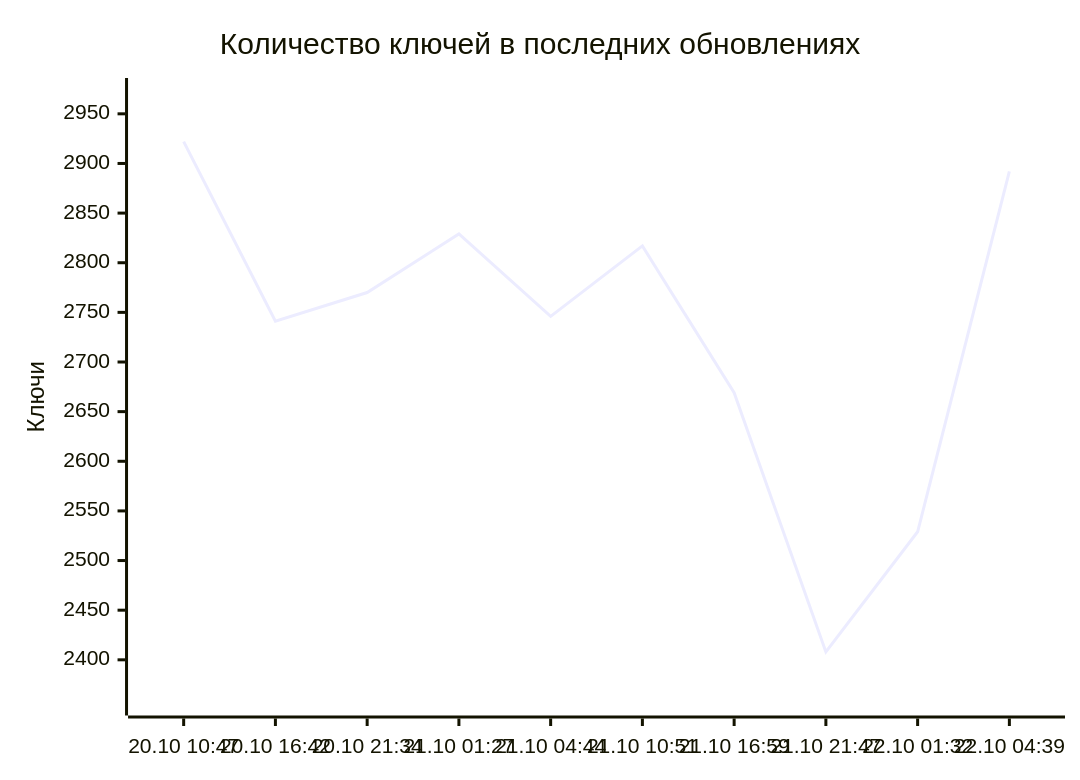
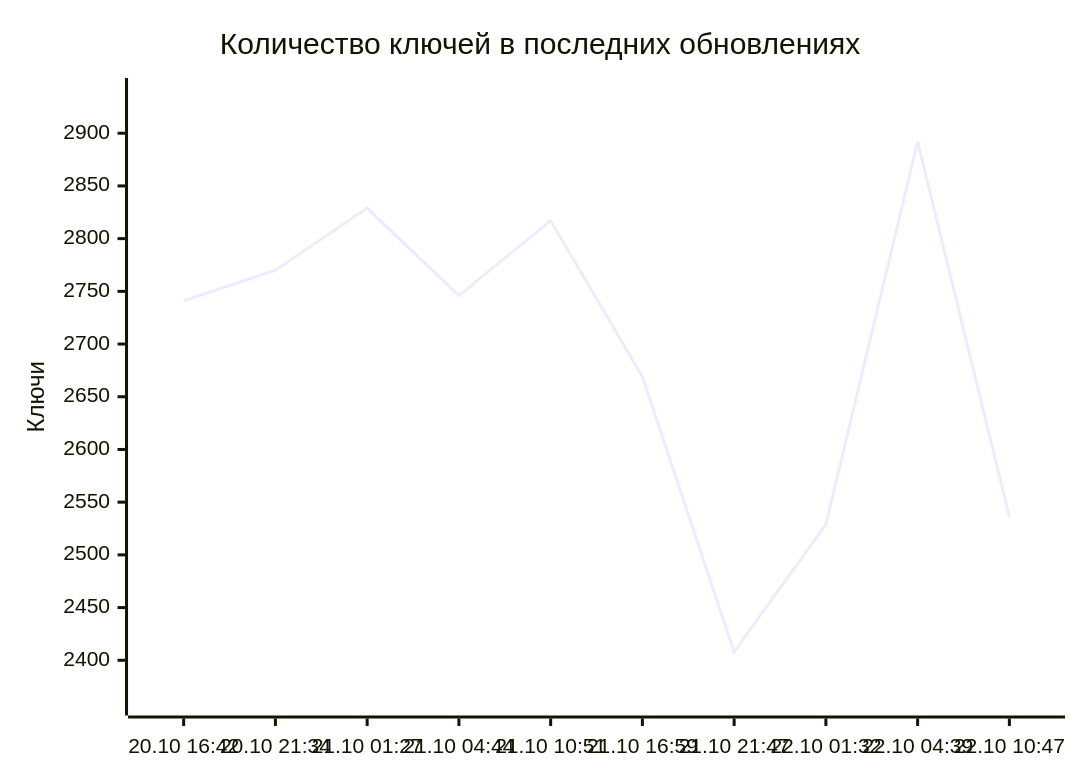
The diagram in README.md (markKikhtenko/WireVeil), drawn with Mermaid before and after one commit. The commit also changed other lines of this file and 12 other files, not shown here.

````diff
--- a/README.md
+++ b/README.md
@@ -55,7 +55,7 @@
 ```mermaid
 xychart-beta
     title "Количество ключей в последних обновлениях"
-    x-axis ["20.10 10:47", "20.10 16:42", "20.10 21:34", "21.10 01:27", "21.10 04:44", "21.10 10:51", "21.10 16:59", "21.10 21:47", "22.10 01:32", "22.10 04:39"]
-    y-axis "Ключи" 2356 --> 2974
-    line [2922, 2741, 2770, 2829, 2746, 2817, 2669, 2408, 2529, 2892]
+    x-axis ["20.10 16:42", "20.10 21:34", "21.10 01:27", "21.10 04:44", "21.10 10:51", "21.10 16:59", "21.10 21:47", "22.10 01:32", "22.10 04:39", "22.10 10:47"]
+    y-axis "Ключи" 2359 --> 2941
+    line [2741, 2770, 2829, 2746, 2817, 2669, 2408, 2529, 2892, 2536]
 ```
````
